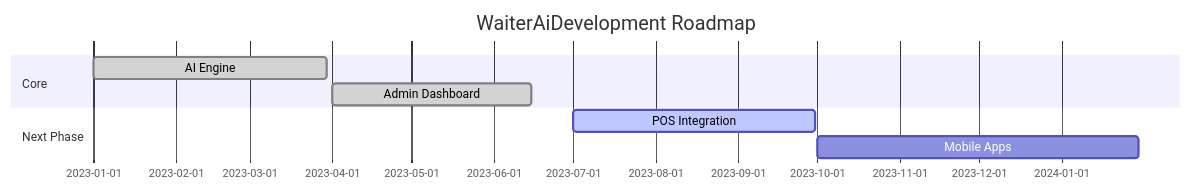
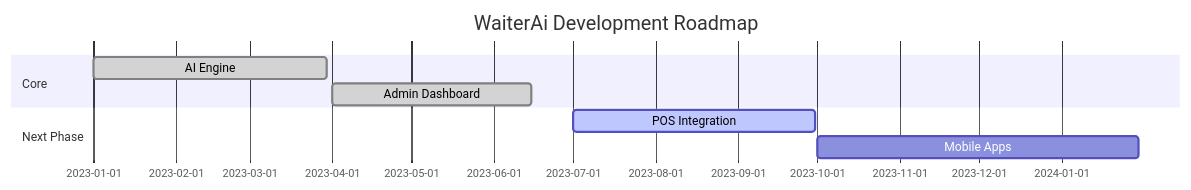
The diagram in README.md (W3JDev/MenuMate-Prototype), drawn with Mermaid before and after one commit. The commit also changed other lines of this file, not shown here.

````diff
--- a/README.md
+++ b/README.md
@@ -126,11 +137,11 @@
 ```mermaid
 gantt
-    title WaiterAiDevelopment Roadmap
+    title WaiterAi Development Roadmap
     dateFormat  YYYY-MM-DD
     section Core
     AI Engine           :done,    des1, 2023-01-01, 2023-03-30
     Admin Dashboard     :done,    des2, 2023-04-01, 2023-06-15
     section Next Phase
     POS Integration     :active,  des3, 2023-07-01, 2023-09-30
     Mobile Apps         :         des4, 2023-10-01, 2024-01-30
 ```  
````
